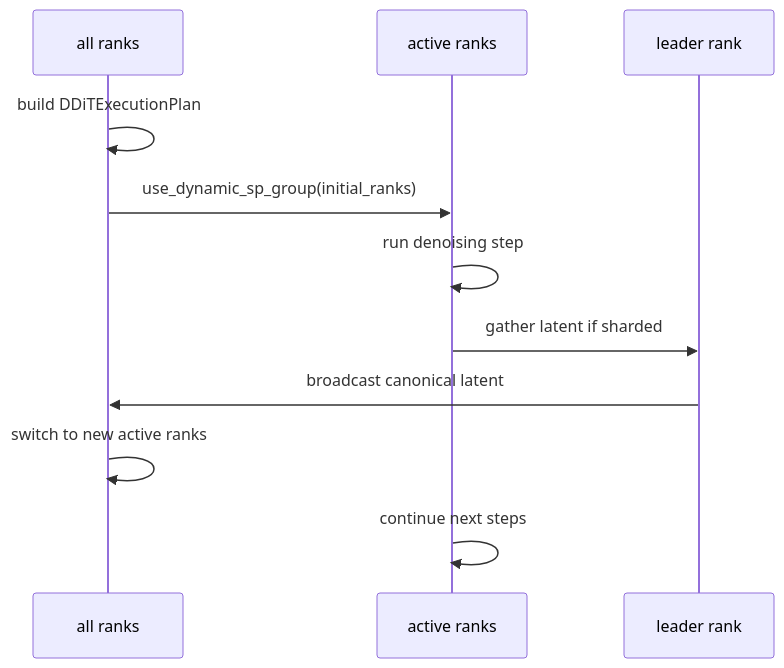
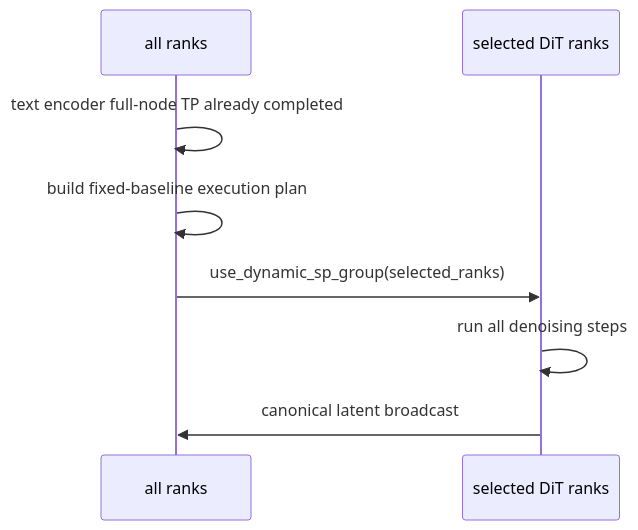
Before and after one commit to FredHuang99/sglang: the second of 3 diagrams in docs/ddit/sglang_ddit_cookbook.md, drawn with Mermaid. The commit also changed other lines of this file and 9 other files, not shown here.

````diff
--- a/docs/ddit/sglang_ddit_cookbook.md
+++ b/docs/ddit/sglang_ddit_cookbook.md
@@ -136,13 +131,10 @@
 ```mermaid
 sequenceDiagram
   participant R as all ranks
-  participant A as active ranks
-  participant L as leader rank
-  R->>R: build DDiTExecutionPlan
-  R->>A: use_dynamic_sp_group(initial_ranks)
-  A->>A: run denoising step
-  A->>L: gather latent if sharded
-  L->>R: broadcast canonical latent
-  R->>R: switch to new active ranks
-  A->>A: continue next steps
+  participant A as selected DiT ranks
+  R->>R: text encoder full-node TP already completed
+  R->>R: build fixed-baseline execution plan
+  R->>A: use_dynamic_sp_group(selected_ranks)
+  A->>A: run all denoising steps
+  A->>R: canonical latent broadcast
 ```
````
